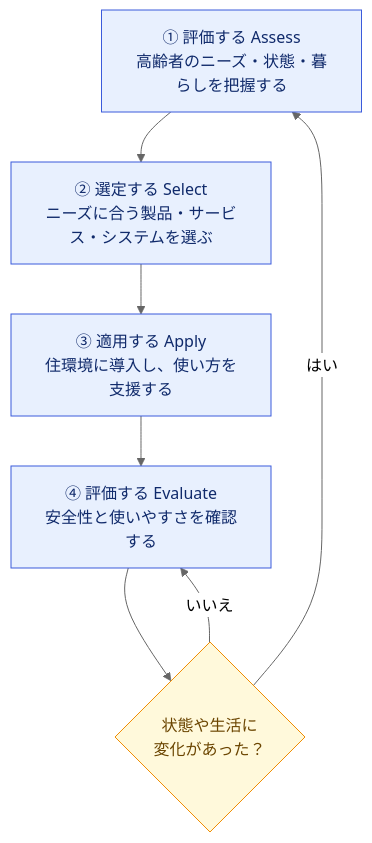
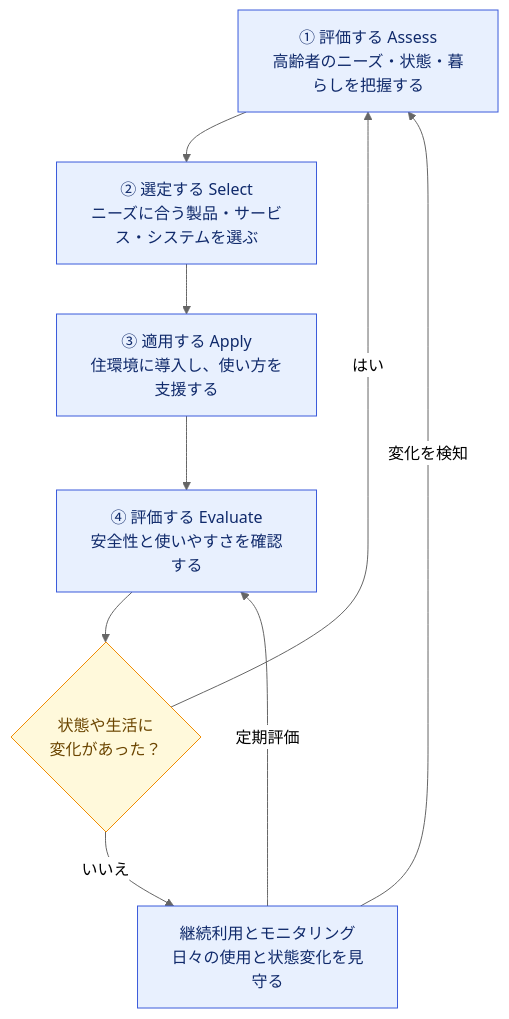
One commit to myoshi2891/Quality-Assurance-Studies changed the fourth of 9 diagrams in Iso-ts-25558-2026-beginner-guide.md. Above: the diagram before and after it, drawn with Mermaid (neutral theme).

Commit message:
docs(iso-25558): add a continued-use and monitoring state to the no-change branch

````diff
--- a/Iso-ts-25558-2026-beginner-guide.md
+++ b/Iso-ts-25558-2026-beginner-guide.md
@@ -225,17 +225,20 @@
 ```mermaid
 flowchart TB
     S1["① 評価する Assess<br/>高齢者のニーズ・状態・暮らしを把握する"]
     S2["② 選定する Select<br/>ニーズに合う製品・サービス・システムを選ぶ"]
     S3["③ 適用する Apply<br/>住環境に導入し、使い方を支援する"]
     S4["④ 評価する Evaluate<br/>安全性と使いやすさを確認する"]
     S5{"状態や生活に<br/>変化があった？"}
+    S6["継続利用とモニタリング<br/>日々の使用と状態変化を見守る"]
 
     S1 --> S2 --> S3 --> S4 --> S5
     S5 -->|はい| S1
-    S5 -->|いいえ| S4
+    S5 -->|いいえ| S6
+    S6 -->|変化を検知| S1
+    S6 -->|定期評価| S4
 
     classDef step fill:#e8f0fe,stroke:#3b5bdb,color:#102a6b
     classDef dec fill:#fff9db,stroke:#f08c00,color:#6b4500
-    class S1,S2,S3,S4 step
+    class S1,S2,S3,S4,S6 step
     class S5 dec
 ```
````
